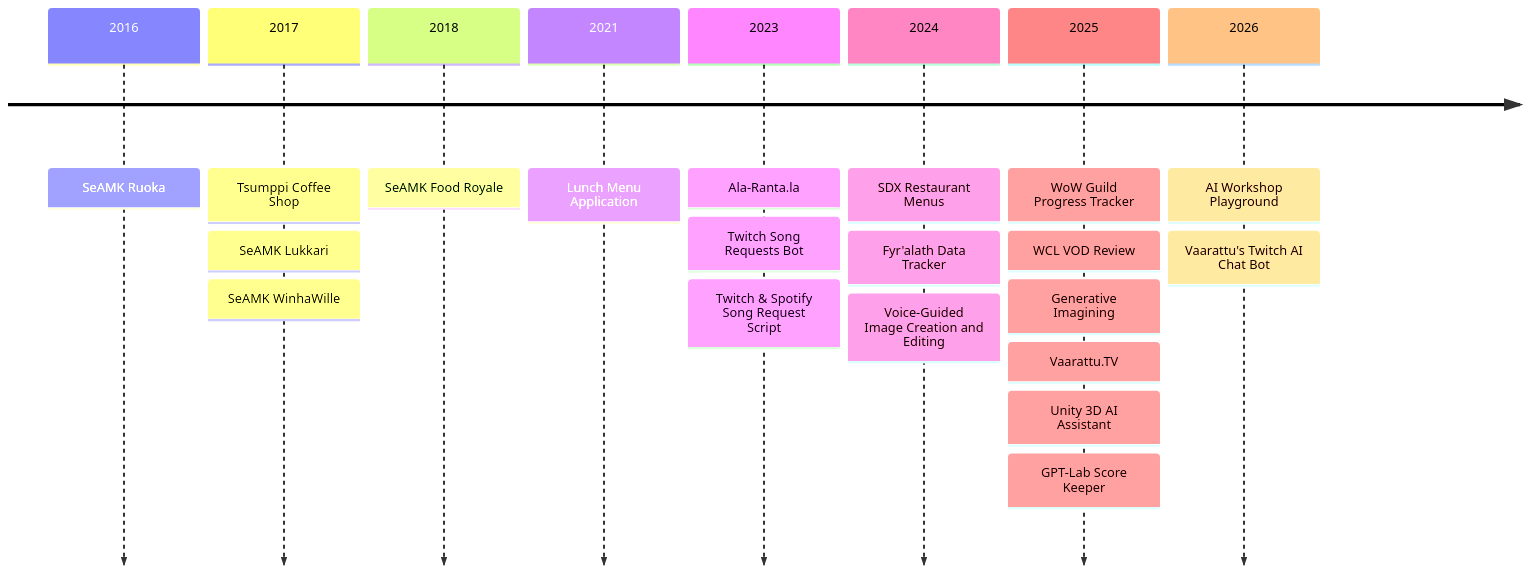
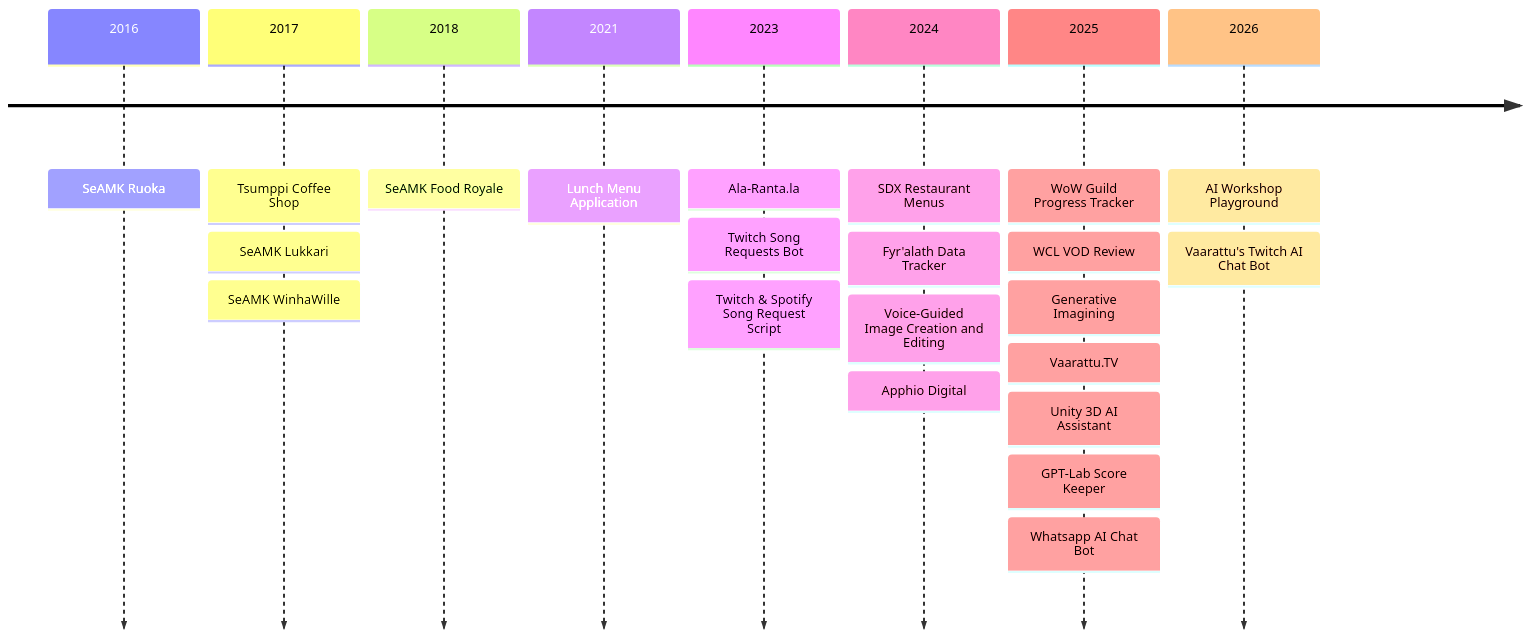
The diagram in README.md (Koodattu/projects), drawn with Mermaid before and after one commit. The commit also changed other lines of this file, not shown here.

````diff
--- a/README.md
+++ b/README.md
@@ -5,11 +5,11 @@
 ```mermaid
 timeline
     2016 : SeAMK Ruoka
     2017 : Tsumppi Coffee Shop : SeAMK Lukkari : SeAMK WinhaWille
     2018 : SeAMK Food Royale
     2021 : Lunch Menu Application
     2023 : Ala-Ranta.la : Twitch Song Requests Bot : Twitch & Spotify Song Request Script
-    2024 : SDX Restaurant Menus : Fyr'alath Data Tracker : Voice-Guided Image Creation and Editing
-    2025 : WoW Guild Progress Tracker : WCL VOD Review : Generative Imagining : Vaarattu.TV : Unity 3D AI Assistant : GPT-Lab Score Keeper
+    2024 : SDX Restaurant Menus : Fyr'alath Data Tracker : Voice-Guided Image Creation and Editing : Apphio Digital
+    2025 : WoW Guild Progress Tracker : WCL VOD Review : Generative Imagining : Vaarattu.TV : Unity 3D AI Assistant : GPT-Lab Score Keeper : Whatsapp AI Chat Bot
     2026 : AI Workshop Playground : Vaarattu's Twitch AI Chat Bot
 ```
````
